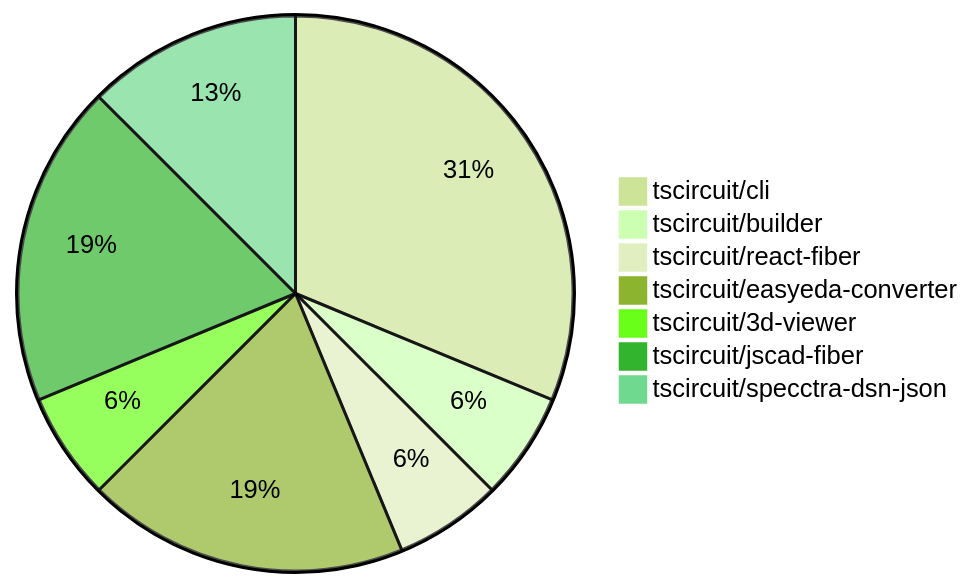
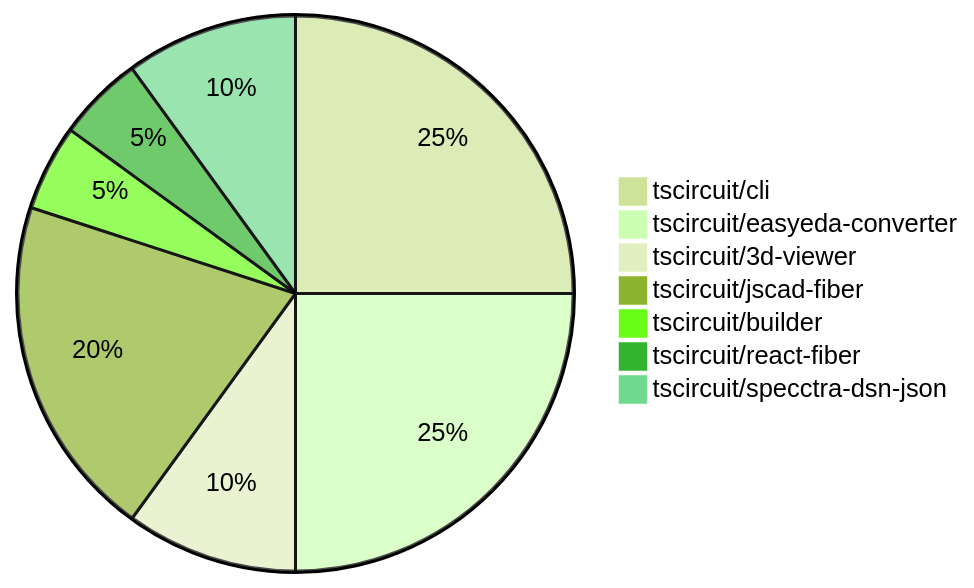
The diagram in README.md (tscircuit/contribution-tracker), drawn with Mermaid (forest theme) before and after one commit. The commit also changed other lines of this file and 1 other file, not shown here.

````diff
--- a/README.md
+++ b/README.md
@@ -24,10 +24,10 @@
 ```mermaid
 pie
     "tscircuit/cli" : 5
+    "tscircuit/easyeda-converter" : 5
+    "tscircuit/3d-viewer" : 2
+    "tscircuit/jscad-fiber" : 4
     "tscircuit/builder" : 1
     "tscircuit/react-fiber" : 1
-    "tscircuit/easyeda-converter" : 3
-    "tscircuit/3d-viewer" : 1
-    "tscircuit/jscad-fiber" : 3
     "tscircuit/specctra-dsn-json" : 2
 ```
````
